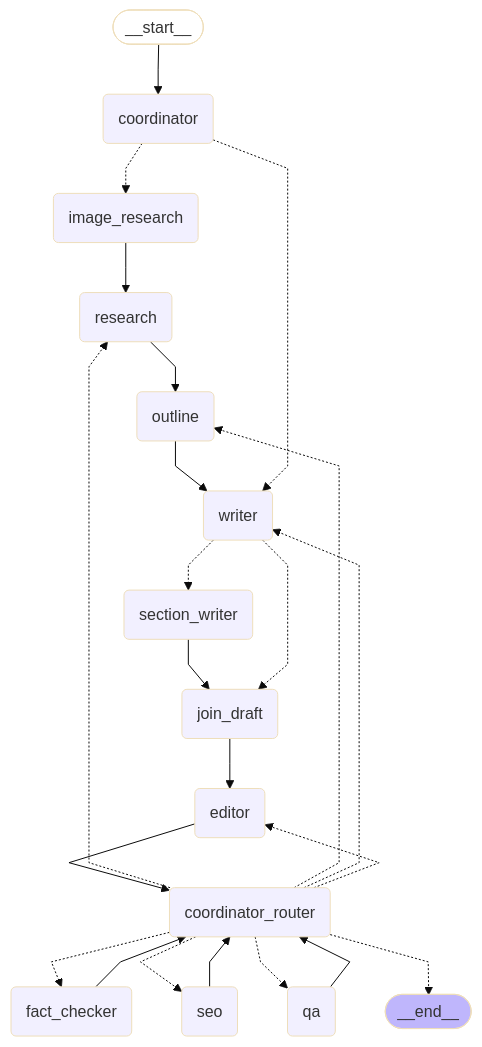
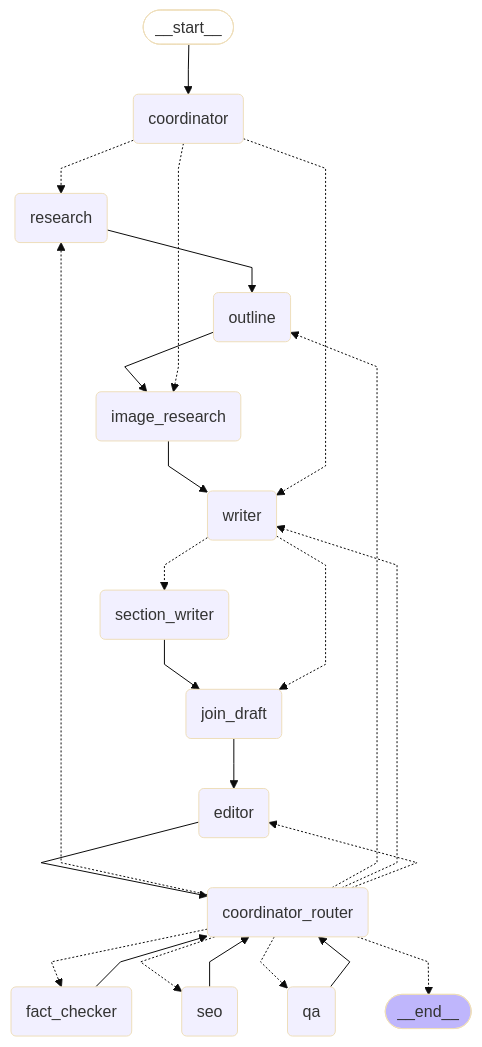
One commit to wsunicorn/Agent-based-Content-Generation changed the diagram in docs/pipeline-graph.md. Above: the diagram before and after it, drawn with Mermaid (base theme). The commit also changed other lines of this file and 22 other files, not shown here.

````diff
--- a/docs/pipeline-graph.md
+++ b/docs/pipeline-graph.md
@@ -5,48 +7,49 @@
 ```mermaid
 ---
 config:
   flowchart:
     curve: linear
 ---
 graph TD;
 	__start__([<p>__start__</p>]):::first
 	coordinator(coordinator)
-	image_research(image_research)
 	research(research)
 	outline(outline)
+	image_research(image_research)
 	writer(writer)
 	section_writer(section_writer)
 	join_draft(join_draft)
 	editor(editor)
 	coordinator_router(coordinator_router)
 	fact_checker(fact_checker)
 	seo(seo)
 	qa(qa)
 	__end__([<p>__end__</p>]):::last
 	__start__ --> coordinator;
 	editor --> coordinator_router;
 	fact_checker --> coordinator_router;
-	image_research --> research;
+	image_research --> writer;
 	join_draft --> editor;
-	outline --> writer;
+	outline --> image_research;
 	qa --> coordinator_router;
 	research --> outline;
 	section_writer --> join_draft;
 	seo --> coordinator_router;
+	coordinator -.-> research;
 	coordinator -.-> image_research;
 	coordinator -.-> writer;
 	writer -.-> section_writer;
 	writer -.-> join_draft;
 	coordinator_router -.-> research;
 	coordinator_router -.-> outline;
 	coordinator_router -.-> writer;
 	coordinator_router -.-> editor;
 	coordinator_router -.-> fact_checker;
 	coordinator_router -.-> seo;
 	coordinator_router -.-> qa;
 	coordinator_router -.-> __end__;
 	classDef default fill:#f2f0ff,line-height:1.2
 	classDef first fill-opacity:0
 	classDef last fill:#bfb6fc
 
 ```
````
